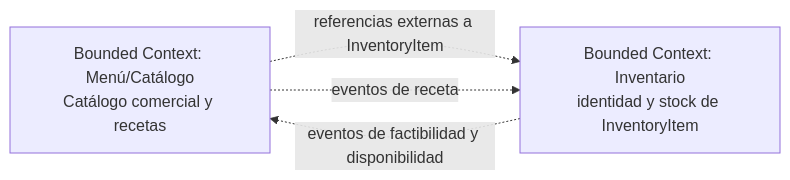
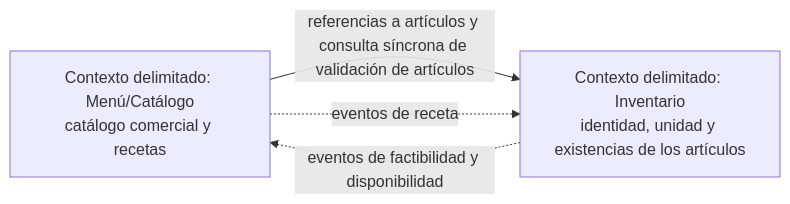
One commit to FMAT-Restaurant/Menu-Documentation changed the seventh of 7 diagrams in docs/ers/architechture.md. Above: the diagram before and after it, drawn with Mermaid. The commit also changed other lines of this file and 21 other files, not shown here.

````diff
--- a/docs/ers/architechture.md
+++ b/docs/ers/architechture.md
@@ -250,6 +278,6 @@
 ```mermaid
 flowchart LR
-    Catalog["Bounded Context: Menú/Catálogo<br/>Catálogo comercial y recetas"] -.->|referencias externas a InventoryItem| Inventory["Bounded Context: Inventario<br/>identidad y stock de InventoryItem"]
+    Catalog["Contexto delimitado: Menú/Catálogo<br/>catálogo comercial y recetas"] -->|referencias a artículos y consulta síncrona de validación de artículos| Inventory["Contexto delimitado: Inventario<br/>identidad, unidad y existencias de los artículos"]
     Catalog -.->|eventos de receta| Inventory
     Inventory -.->|eventos de factibilidad y disponibilidad| Catalog
 ```
````
